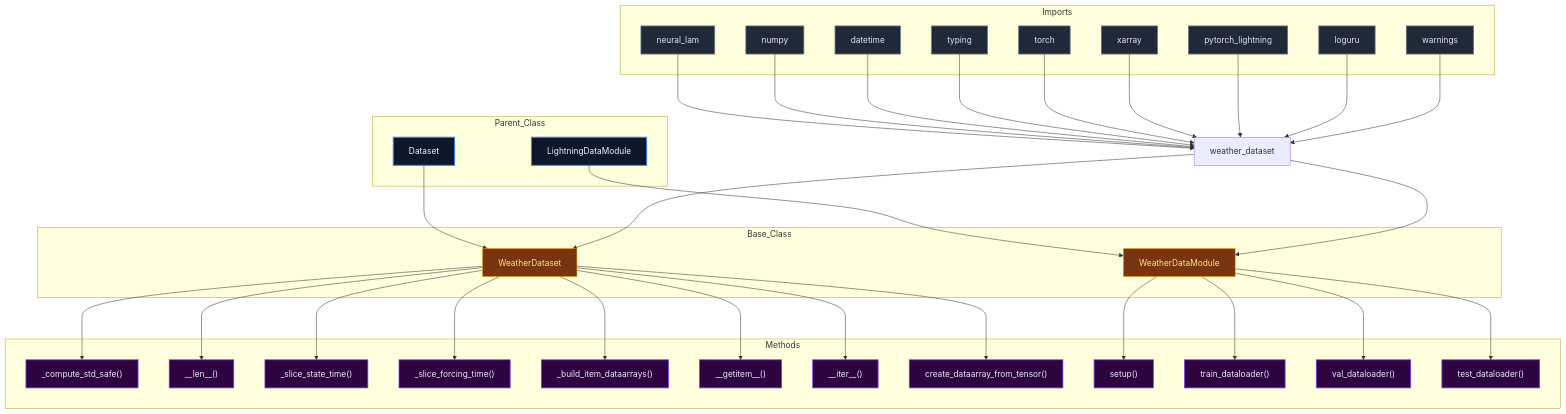
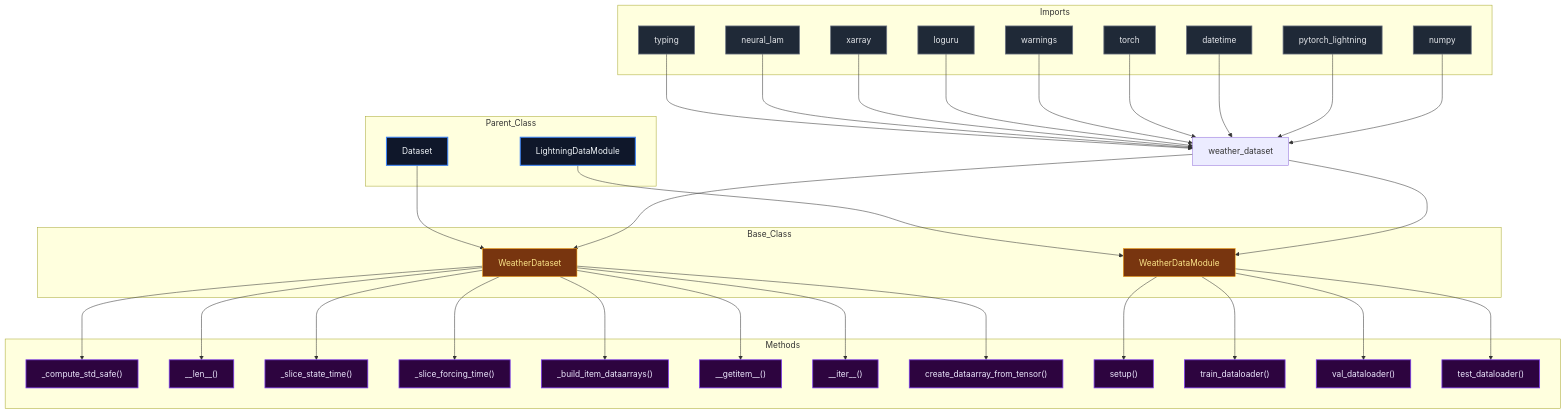
Before and after one commit to mllam/neural-lam: the diagram in docs/diagrams/weather_dataset_diagram.md, drawn with Mermaid. The commit also changed 19 other files, not shown here.

Commit message:
Auto-update Mermaid diagrams

````diff
--- a/docs/diagrams/weather_dataset_diagram.md
+++ b/docs/diagrams/weather_dataset_diagram.md
@@ -1,82 +1,82 @@
 ```mermaid
 %%{init: {'flowchart': {'nodeSpacing': 60, 'rankSpacing': 80}}}%%
 flowchart TD
 
 module["weather_dataset"]
 
 subgraph Parent_Class
     LightningDataModule["LightningDataModule"]
     Dataset["Dataset"]
 end
 
 subgraph Base_Class
     WeatherDataset["WeatherDataset"]
     WeatherDataModule["WeatherDataModule"]
 end
 
     Dataset --> WeatherDataset
     LightningDataModule --> WeatherDataModule
 
 subgraph Imports
+    typing["typing"]
     neural_lam["neural_lam"]
-    numpy["numpy"]
-    datetime["datetime"]
-    typing["typing"]
-    torch["torch"]
     xarray["xarray"]
-    pytorch_lightning["pytorch_lightning"]
     loguru["loguru"]
     warnings["warnings"]
+    torch["torch"]
+    datetime["datetime"]
+    pytorch_lightning["pytorch_lightning"]
+    numpy["numpy"]
 end
 
+    typing --> module
     neural_lam --> module
-    numpy --> module
-    datetime --> module
-    typing --> module
-    torch --> module
     xarray --> module
-    pytorch_lightning --> module
     loguru --> module
     warnings --> module
+    torch --> module
+    datetime --> module
+    pytorch_lightning --> module
+    numpy --> module
     module --> WeatherDataset
     module --> WeatherDataModule
 
 subgraph Methods
     WeatherDataset__compute_std_safe["_compute_std_safe()"]
     WeatherDataset___len__["__len__()"]
     WeatherDataset__slice_state_time["_slice_state_time()"]
     WeatherDataset__slice_forcing_time["_slice_forcing_time()"]
     WeatherDataset__build_item_dataarrays["_build_item_dataarrays()"]
     WeatherDataset___getitem__["__getitem__()"]
     WeatherDataset___iter__["__iter__()"]
     WeatherDataset_create_dataarray_from_tensor["create_dataarray_from_tensor()"]
     WeatherDataModule_setup["setup()"]
     WeatherDataModule_train_dataloader["train_dataloader()"]
     WeatherDataModule_val_dataloader["val_dataloader()"]
     WeatherDataModule_test_dataloader["test_dataloader()"]
 end
 
     WeatherDataset --> WeatherDataset__compute_std_safe
     WeatherDataset --> WeatherDataset___len__
     WeatherDataset --> WeatherDataset__slice_state_time
     WeatherDataset --> WeatherDataset__slice_forcing_time
     WeatherDataset --> WeatherDataset__build_item_dataarrays
     WeatherDataset --> WeatherDataset___getitem__
     WeatherDataset --> WeatherDataset___iter__
     WeatherDataset --> WeatherDataset_create_dataarray_from_tensor
     WeatherDataModule --> WeatherDataModule_setup
     WeatherDataModule --> WeatherDataModule_train_dataloader
     WeatherDataModule --> WeatherDataModule_val_dataloader
     WeatherDataModule --> WeatherDataModule_test_dataloader
 
 classDef parent fill:#0f172a,stroke:#3b82f6,stroke-width:2px,color:#f1f5f9,font-size:16px
 classDef base fill:#78350f,stroke:#f59e0b,stroke-width:1px,color:#fde68a,font-size:16px
 classDef import fill:#1f2937,stroke:#6b7280,stroke-width:1.5px,color:#e5e7eb,font-size:16px
 classDef method fill:#2d043f,stroke:#7c3aed,stroke-width:1.5px,color:#ede9fe,font-size:16px
 classDef callNode fill:#064e3b,stroke:#10b981,stroke-width:1.5px,color:#d1fae5,font-size:16px
 class LightningDataModule,Dataset parent
 class WeatherDataset,WeatherDataModule base
-class neural_lam,numpy,datetime,typing,torch,xarray,pytorch_lightning,loguru,warnings import
+class typing,neural_lam,xarray,loguru,warnings,torch,datetime,pytorch_lightning,numpy import
 class WeatherDataset__compute_std_safe,WeatherDataset___len__,WeatherDataset__slice_state_time,WeatherDataset__slice_forcing_time,WeatherDataset__build_item_dataarrays,WeatherDataset___getitem__,WeatherDataset___iter__,WeatherDataset_create_dataarray_from_tensor,WeatherDataModule_setup,WeatherDataModule_train_dataloader,WeatherDataModule_val_dataloader,WeatherDataModule_test_dataloader method
 
 ```
````
